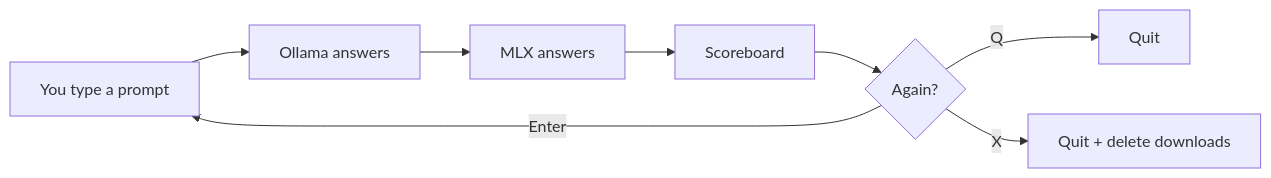
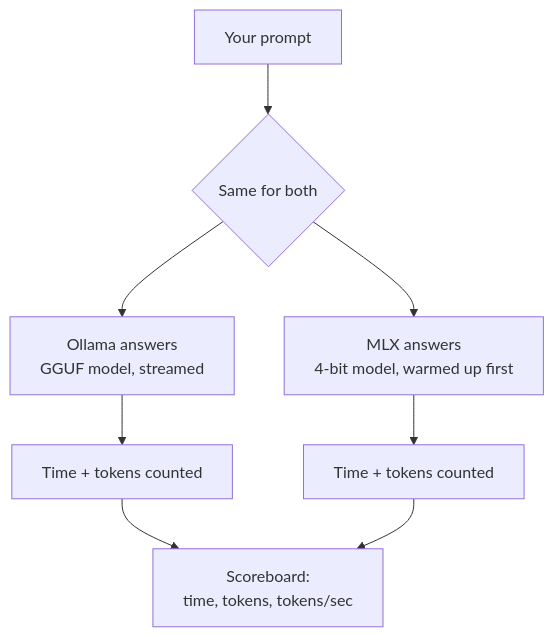
Before and after one commit to Rayan-and-beyond/LLM-MLX-Test: the diagram in README.md, drawn with Mermaid. The commit also changed other lines of this file, not shown here.

````diff
--- a/README.md
+++ b/README.md
@@ -30,10 +33,10 @@
 ```mermaid
-flowchart LR
-    A[You type a prompt] --> B[Ollama answers]
-    B --> C[MLX answers]
-    C --> D[Scoreboard]
-    D --> E{Again?}
-    E -->|Enter| A
-    E -->|Q| F[Quit]
-    E -->|X| G[Quit + delete downloads]
+flowchart TB
+    P[Your prompt] --> SAME{Same for both}
+    SAME --> O[Ollama answers<br/>GGUF model, streamed]
+    SAME --> M[MLX answers<br/>4-bit model, warmed up first]
+    O --> T1[Time + tokens counted]
+    M --> T2[Time + tokens counted]
+    T1 --> S[Scoreboard:<br/>time, tokens, tokens/sec]
+    T2 --> S
 ```
````
